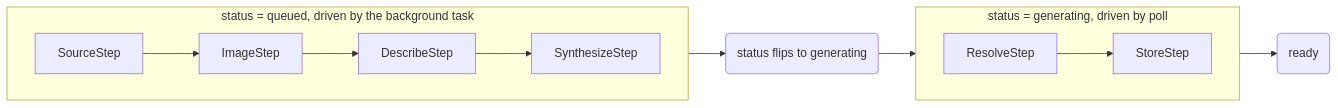
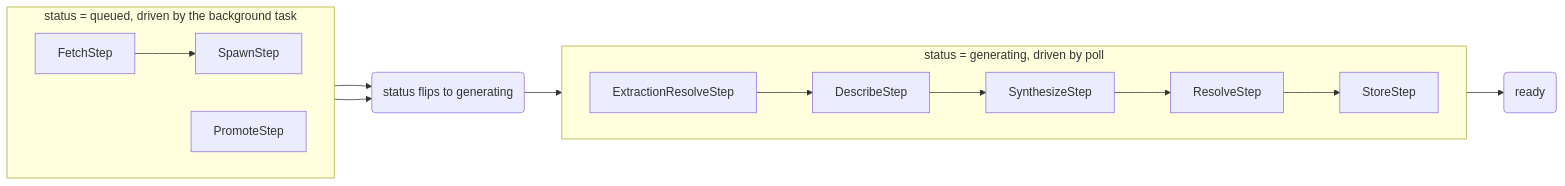
The third of 3 diagrams in docs/technical-design/item-lifecycle.md (asermax/nagara), drawn with Mermaid before and after one commit. The commit also changed other lines of this file and 8 other files, not shown here.

````diff
--- a/docs/technical-design/item-lifecycle.md
+++ b/docs/technical-design/item-lifecycle.md
@@ -85,14 +90,16 @@
 ```mermaid
 flowchart LR
     subgraph Q["status = queued, driven by the background task"]
         direction LR
-        S["SourceStep"] --> I["ImageStep"] --> D["DescribeStep"] --> Y["SynthesizeStep"]
+        F["FetchStep"] --> S["SpawnStep"]
+        P["PromoteStep"]
     end
-    Y --> G("status flips to generating")
+    S --> G("status flips to generating")
+    P --> G
     subgraph GEN["status = generating, driven by poll"]
         direction LR
-        R["ResolveStep"] --> T["StoreStep"]
+        E["ExtractionResolveStep"] --> D["DescribeStep"] --> Y["SynthesizeStep"] --> R["ResolveStep"] --> T["StoreStep"]
     end
-    G --> R
+    G --> E
     T --> RDY("ready")
 ```
````
